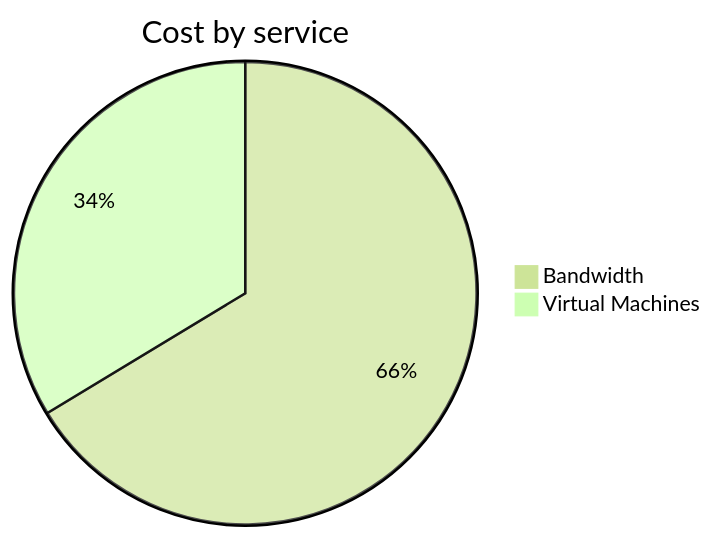
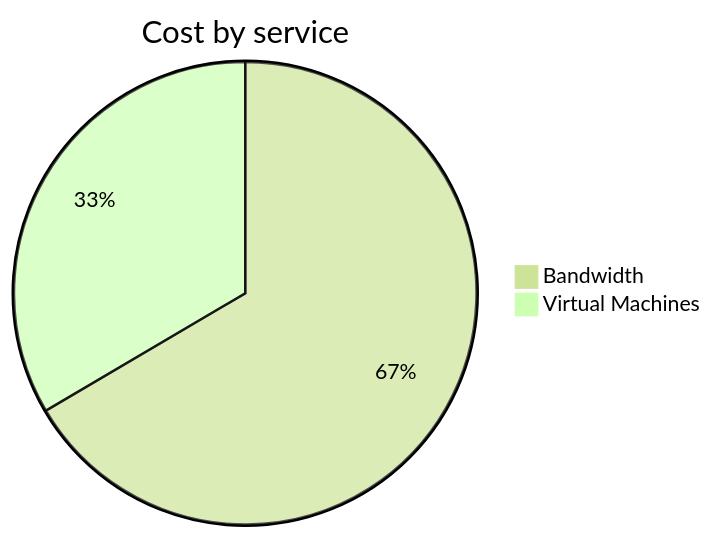
The second of 4 diagrams in cost-reports/personal-network/vpn-server.md (jpfulton/azure-personal-reports), drawn with Mermaid (forest theme) before and after one commit. The commit also changed other lines of this file and 8 other files, not shown here.

````diff
--- a/cost-reports/personal-network/vpn-server.md
+++ b/cost-reports/personal-network/vpn-server.md
@@ -96,6 +96,6 @@
 ```mermaid
 pie
    title Cost by service
-   "Bandwidth" : 9.44
-   "Virtual Machines" : 4.79
+   "Bandwidth" : 9.96
+   "Virtual Machines" : 5.01
 ```
````
